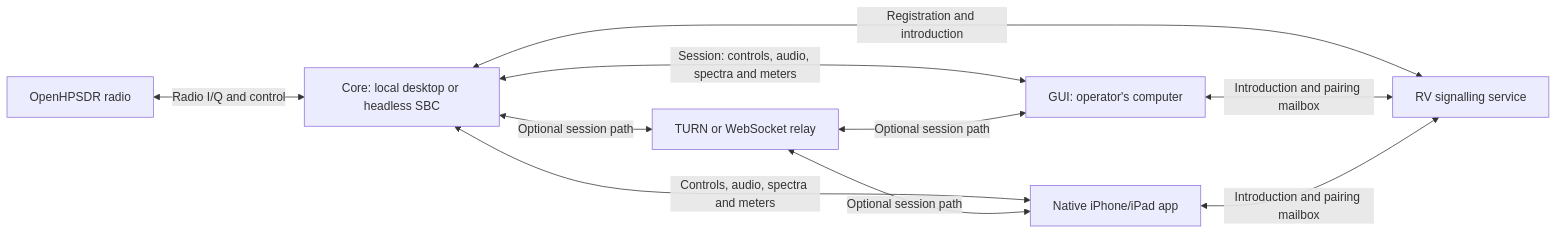
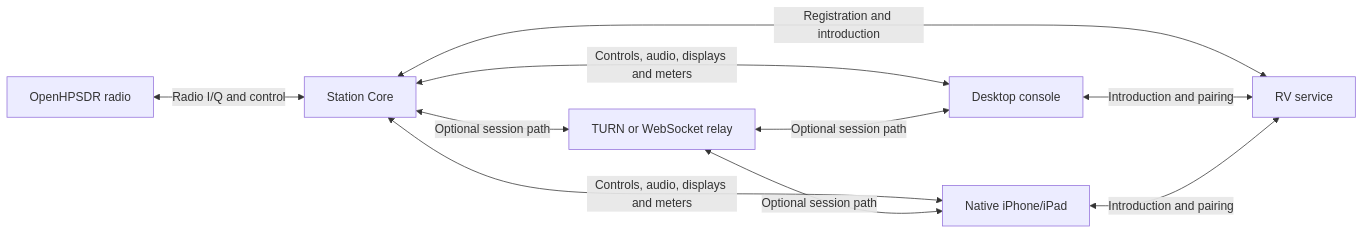
Before and after one commit to boydsoftprez/NereusSDR: the diagram in README.md, drawn with Mermaid. The commit also changed other lines of this file and 10 other files, not shown here.

````diff
--- a/README.md
+++ b/README.md
@@ -193,12 +134,12 @@
 ```mermaid
 flowchart LR
-    Radio["OpenHPSDR radio"] <-->|"Radio I/Q and control"| Core["Core: local desktop or headless SBC"]
-    Core <-->|"Session: controls, audio, spectra and meters"| GUI["GUI: operator's computer"]
-    Core <-->|"Registration and introduction"| RV["RV signalling service"]
-    GUI <-->|"Introduction and pairing mailbox"| RV
-    Core <-->|"Controls, audio, spectra and meters"| Phone["Native iPhone/iPad app"]
-    Phone <-->|"Introduction and pairing mailbox"| RV
+    Radio["OpenHPSDR radio"] <-->|"Radio I/Q and control"| Core["Station Core"]
+    Core <-->|"Controls, audio, displays and meters"| Desktop["Desktop console"]
+    Core <-->|"Controls, audio, displays and meters"| Mobile["Native iPhone/iPad"]
+    Core <-->|"Registration and introduction"| RV["RV service"]
+    Desktop <-->|"Introduction and pairing"| RV
+    Mobile <-->|"Introduction and pairing"| RV
     Core <-->|"Optional session path"| Relay["TURN or WebSocket relay"]
-    Relay <-->|"Optional session path"| GUI
-    Relay <-->|"Optional session path"| Phone
+    Relay <-->|"Optional session path"| Desktop
+    Relay <-->|"Optional session path"| Mobile
 ```
````
